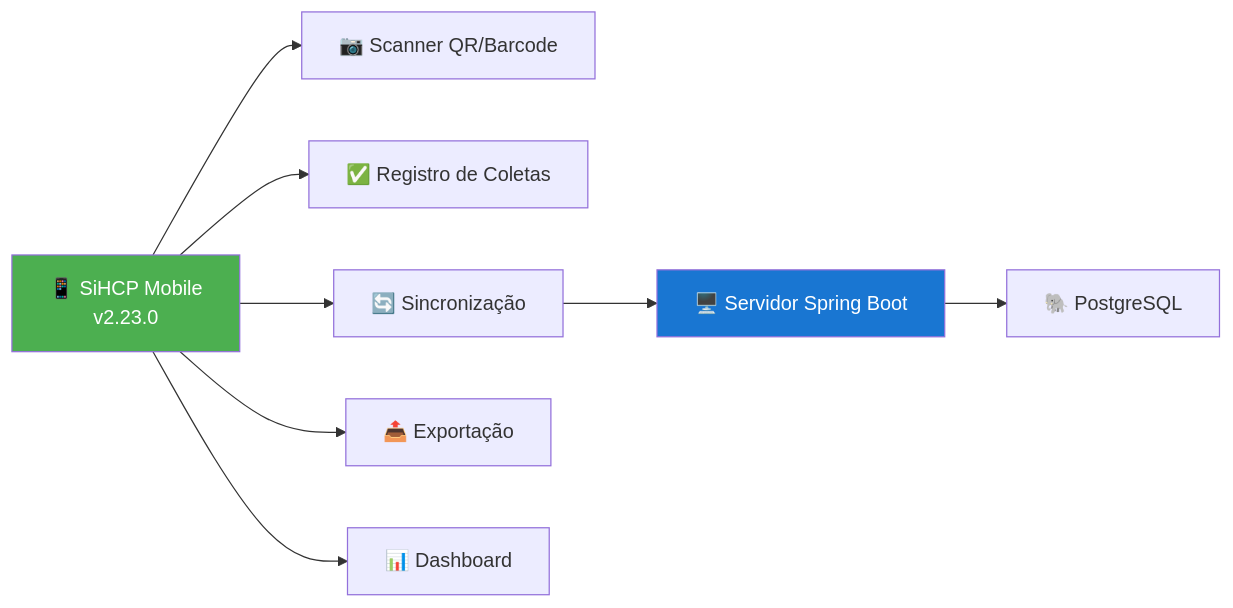
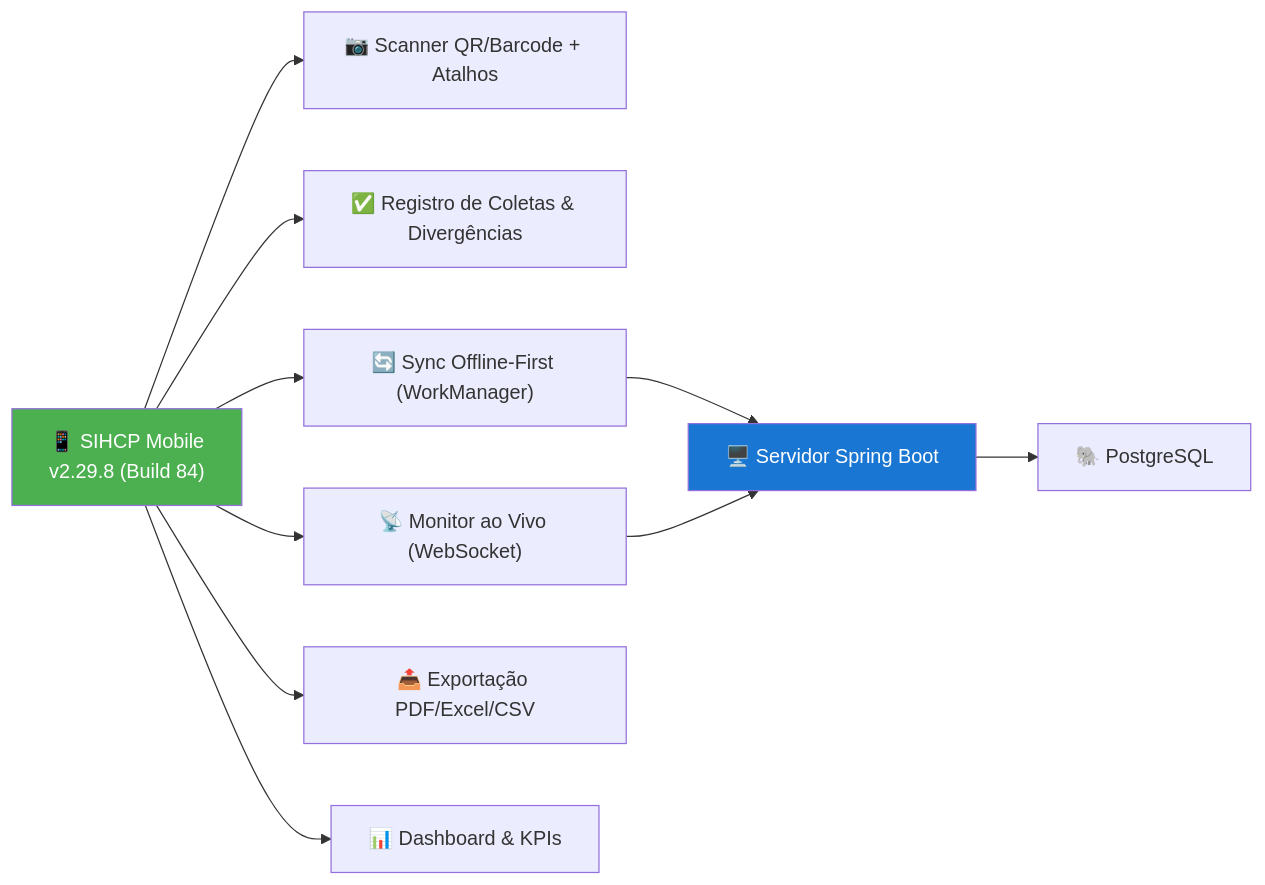
Before and after one commit to romuloaraujo1988/MASTER_INVENTARIO: the first of 7 diagrams in InventarioMobile/DOCUMENTACAO_PROJETO.md, drawn with Mermaid. The commit also changed other lines of this file and 189 other files, not shown here.

Commit message:
feat: add mobile app, core services, desktop views, and software registration documentation

````diff
--- a/InventarioMobile/DOCUMENTACAO_PROJETO.md
+++ b/InventarioMobile/DOCUMENTACAO_PROJETO.md
@@ -7,14 +7,16 @@
 ```mermaid
 graph LR
-    APP["📱 SiHCP Mobile<br/>v2.23.0"] --> SCAN["📷 Scanner QR/Barcode"]
-    APP --> COLETA["✅ Registro de Coletas"]
-    APP --> SYNC["🔄 Sincronização"]
-    APP --> EXPORT["📤 Exportação"]
-    APP --> DASH["📊 Dashboard"]
+    APP["📱 SIHCP Mobile<br/>v2.29.8 (Build 84)"] --> SCAN["📷 Scanner QR/Barcode + Atalhos"]
+    APP --> COLETA["✅ Registro de Coletas & Divergências"]
+    APP --> SYNC["🔄 Sync Offline-First (WorkManager)"]
+    APP --> LIVE["📡 Monitor ao Vivo (WebSocket)"]
+    APP --> EXPORT["📤 Exportação PDF/Excel/CSV"]
+    APP --> DASH["📊 Dashboard & KPIs"]
     
     SYNC --> SERVER["🖥️ Servidor Spring Boot"]
+    LIVE --> SERVER
     SERVER --> PG["🐘 PostgreSQL"]
     
     style APP fill:#4CAF50,color:#fff
     style SERVER fill:#1976D2,color:#fff
 ```
````
